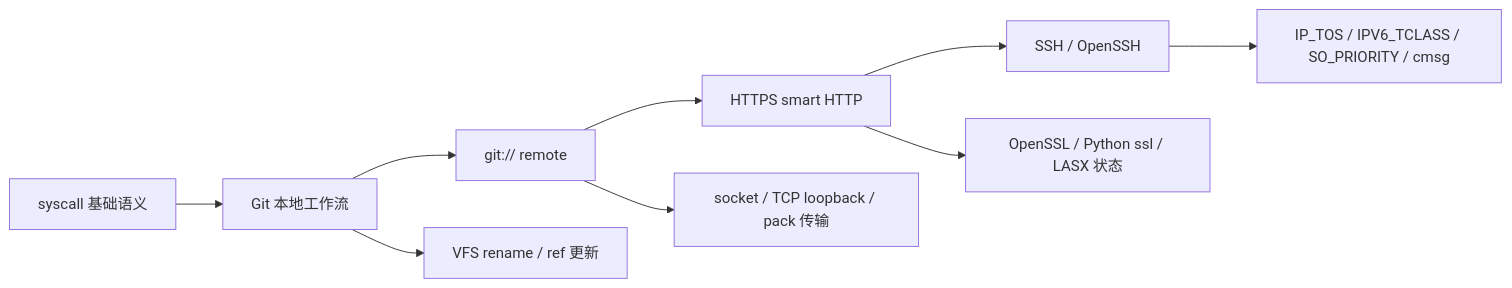
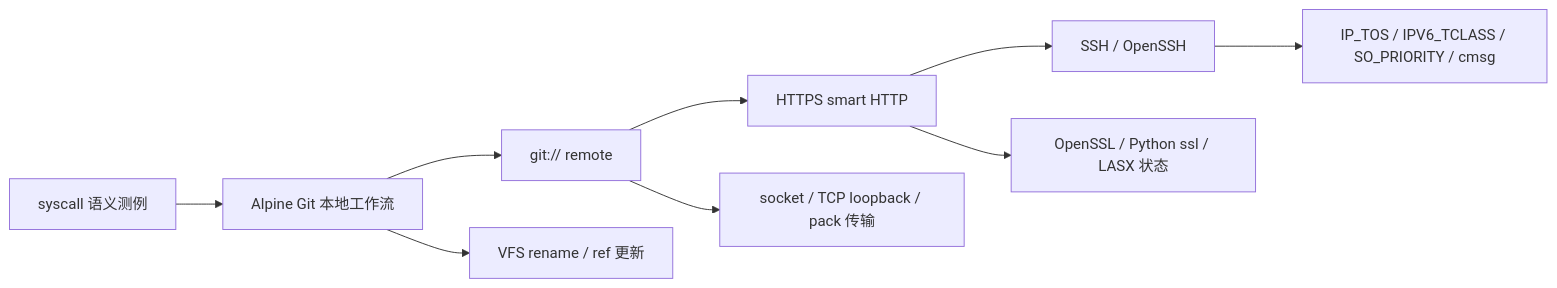
The diagram in source/_posts/20260627-Utopia-V-以Git为牵引的StarryOS-Linux兼容性改进.md (Utopia-V/tgoskits), drawn with Mermaid before and after one commit. The commit also changed other lines of this file and 1 other file, not shown here.

````diff
--- a/source/_posts/20260627-Utopia-V-以Git为牵引的StarryOS-Linux兼容性改进.md
+++ b/source/_posts/20260627-Utopia-V-以Git为牵引的StarryOS-Linux兼容性改进.md
@@ -51,12 +34,12 @@
 ```mermaid
 flowchart LR
-    A[syscall 基础语义] --> B[Git 本地工作流]
+    A[syscall 语义测例] --> B[Alpine Git 本地工作流]
     B --> C[git:// remote]
     C --> D[HTTPS smart HTTP]
     D --> E[SSH / OpenSSH]
 
     B --> B1[VFS rename / ref 更新]
     C --> C1[socket / TCP loopback / pack 传输]
     D --> D1[OpenSSL / Python ssl / LASX 状态]
     E --> E1[IP_TOS / IPV6_TCLASS / SO_PRIORITY / cmsg]
 ```
````
